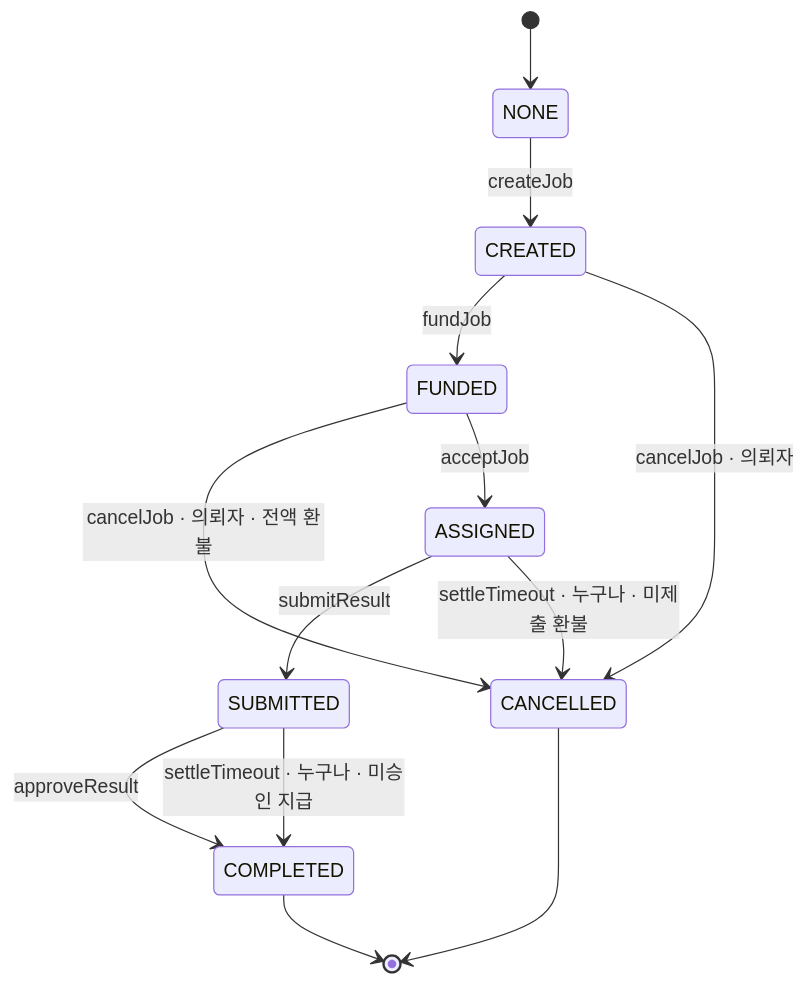
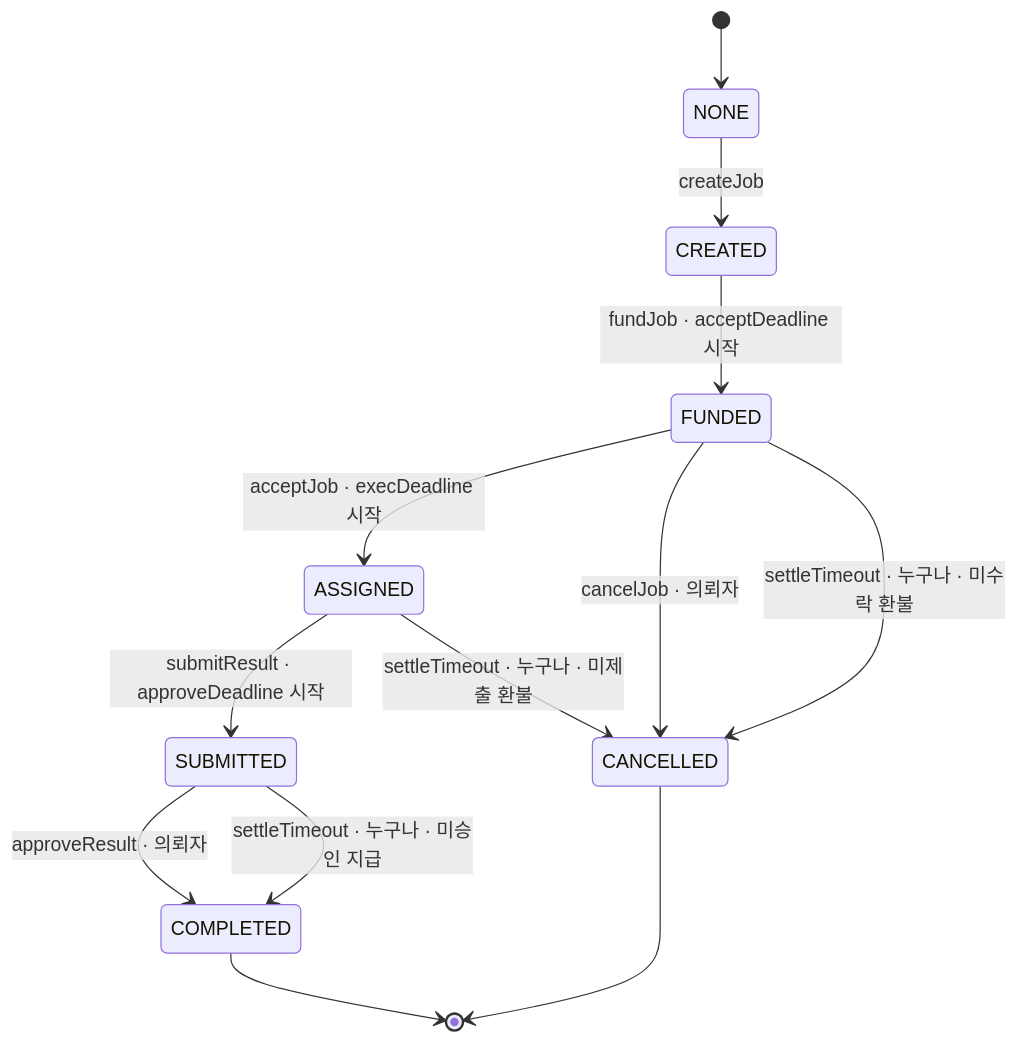
One commit to tnscjf3146/g-shared changed the third of 15 diagrams in blockchain/docs/01-에스크로-구조.md. Above: the diagram before and after it, drawn with Mermaid. The commit also changed other lines of this file and 1 other file, not shown here.

````diff
--- a/blockchain/docs/01-에스크로-구조.md
+++ b/blockchain/docs/01-에스크로-구조.md
@@ -73,15 +73,15 @@
 ```mermaid
 stateDiagram-v2
     [*] --> NONE
     NONE --> CREATED : createJob
-    CREATED --> FUNDED : fundJob
-    CREATED --> CANCELLED : cancelJob · 의뢰자
-    FUNDED --> CANCELLED : cancelJob · 의뢰자 · 전액 환불
-    FUNDED --> ASSIGNED : acceptJob
-    ASSIGNED --> SUBMITTED : submitResult
+    CREATED --> FUNDED : fundJob · acceptDeadline 시작
+    FUNDED --> ASSIGNED : acceptJob · execDeadline 시작
+    FUNDED --> CANCELLED : cancelJob · 의뢰자
+    FUNDED --> CANCELLED : settleTimeout · 누구나 · 미수락 환불
+    ASSIGNED --> SUBMITTED : submitResult · approveDeadline 시작
     ASSIGNED --> CANCELLED : settleTimeout · 누구나 · 미제출 환불
-    SUBMITTED --> COMPLETED : approveResult
+    SUBMITTED --> COMPLETED : approveResult · 의뢰자
     SUBMITTED --> COMPLETED : settleTimeout · 누구나 · 미승인 지급
     COMPLETED --> [*]
     CANCELLED --> [*]
 ```
````
